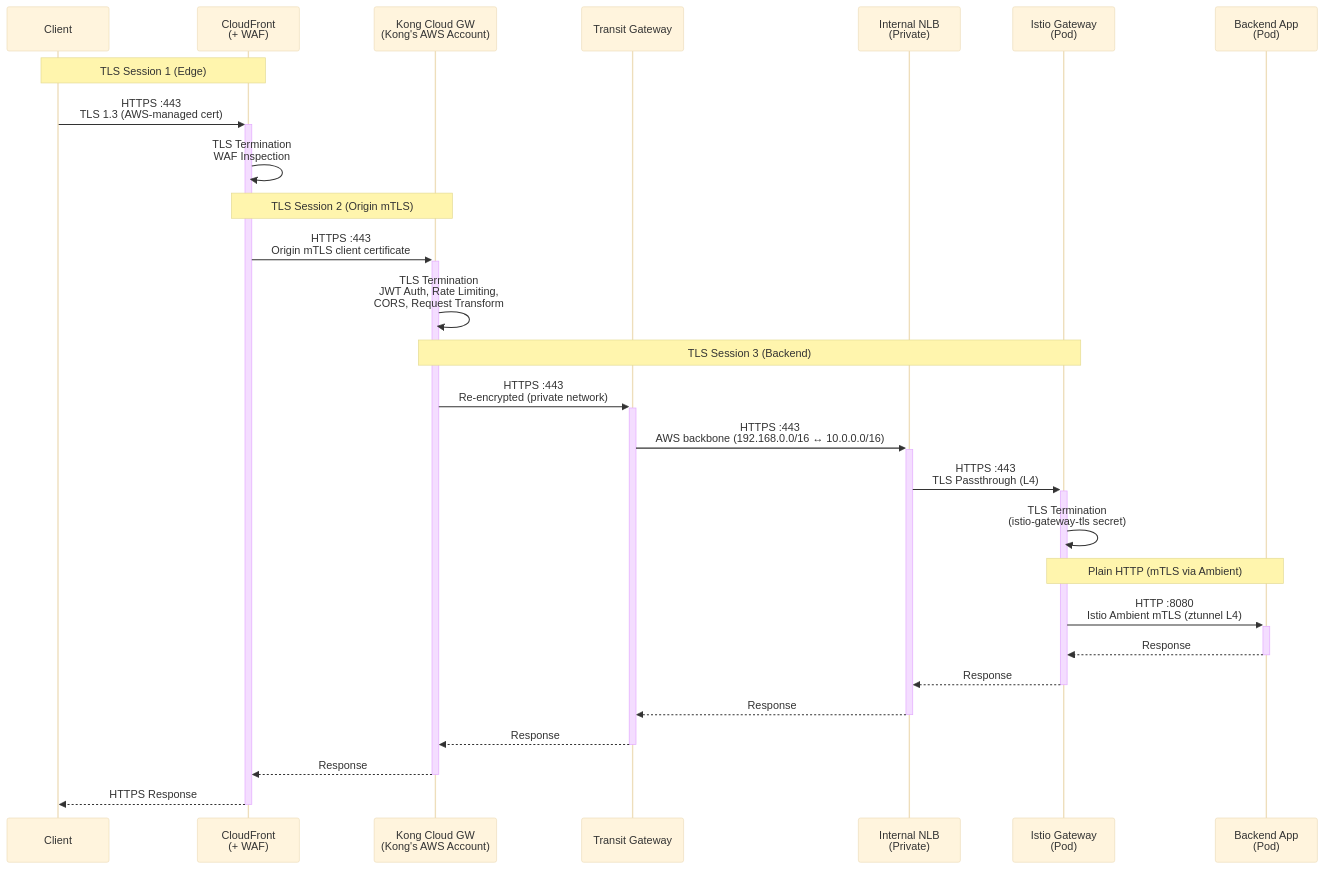
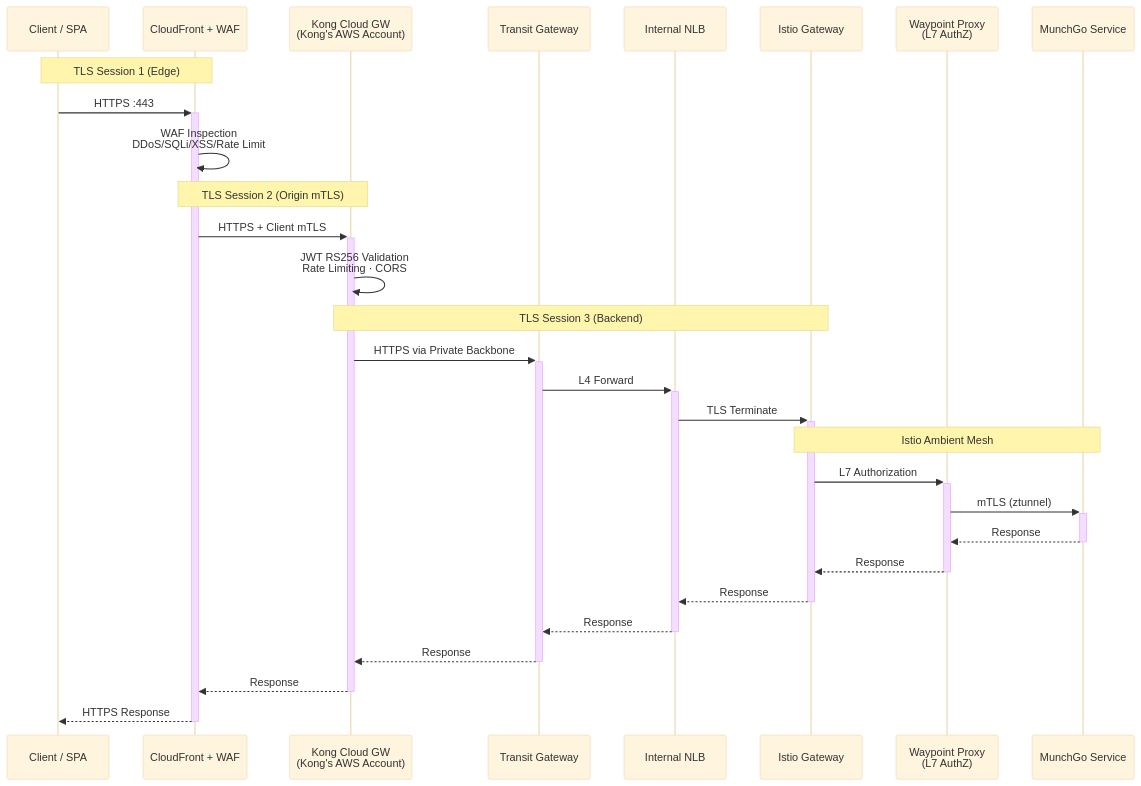
One commit to shanaka-versent/Kong-Konnect-Cloud-Gateway-on-EKS changed the third of 13 diagrams in README.md. Above: the diagram before and after it, drawn with Mermaid (base theme). The commit also changed other lines of this file and 41 other files, not shown here.

First line of the commit message:
Deploy MunchGo microservices platform with Istio Ambient Service Mesh

````diff
--- a/README.md
+++ b/README.md
@@ -113,33 +145,35 @@
 ```mermaid
 sequenceDiagram
-    participant C as Client
-    participant CF as CloudFront<br/>(+ WAF)
+    participant C as Client / SPA
+    participant CF as CloudFront + WAF
     participant K as Kong Cloud GW<br/>(Kong's AWS Account)
     participant TGW as Transit Gateway
-    participant NLB as Internal NLB<br/>(Private)
-    participant IG as Istio Gateway<br/>(Pod)
-    participant App as Backend App<br/>(Pod)
+    participant NLB as Internal NLB
+    participant IG as Istio Gateway
+    participant WP as Waypoint Proxy<br/>(L7 AuthZ)
+    participant App as MunchGo Service
 
     Note over C,CF: TLS Session 1 (Edge)
-    C->>+CF: HTTPS :443<br/>TLS 1.3 (AWS-managed cert)
-    CF->>CF: TLS Termination<br/>WAF Inspection
+    C->>+CF: HTTPS :443
+    CF->>CF: WAF Inspection<br/>DDoS/SQLi/XSS/Rate Limit
 
     Note over CF,K: TLS Session 2 (Origin mTLS)
-    CF->>+K: HTTPS :443<br/>Origin mTLS client certificate
-    K->>K: TLS Termination<br/>JWT Auth, Rate Limiting,<br/>CORS, Request Transform
+    CF->>+K: HTTPS + Client mTLS
+    K->>K: JWT RS256 Validation<br/>Rate Limiting · CORS
 
     Note over K,IG: TLS Session 3 (Backend)
-    K->>+TGW: HTTPS :443<br/>Re-encrypted (private network)
-    TGW->>+NLB: HTTPS :443<br/>AWS backbone (192.168.0.0/16 ↔ 10.0.0.0/16)
-    NLB->>+IG: HTTPS :443<br/>TLS Passthrough (L4)
-    IG->>IG: TLS Termination<br/>(istio-gateway-tls secret)
+    K->>+TGW: HTTPS via Private Backbone
+    TGW->>+NLB: L4 Forward
+    NLB->>+IG: TLS Terminate
 
-    Note over IG,App: Plain HTTP (mTLS via Ambient)
-    IG->>+App: HTTP :8080<br/>Istio Ambient mTLS (ztunnel L4)
-    App-->>-IG: Response
+    Note over IG,App: Istio Ambient Mesh
+    IG->>+WP: L7 Authorization
+    WP->>+App: mTLS (ztunnel)
+    App-->>-WP: Response
+    WP-->>-IG: Response
     IG-->>-NLB: Response
     NLB-->>-TGW: Response
     TGW-->>-K: Response
     K-->>-CF: Response
     CF-->>-C: HTTPS Response
 ```
````
